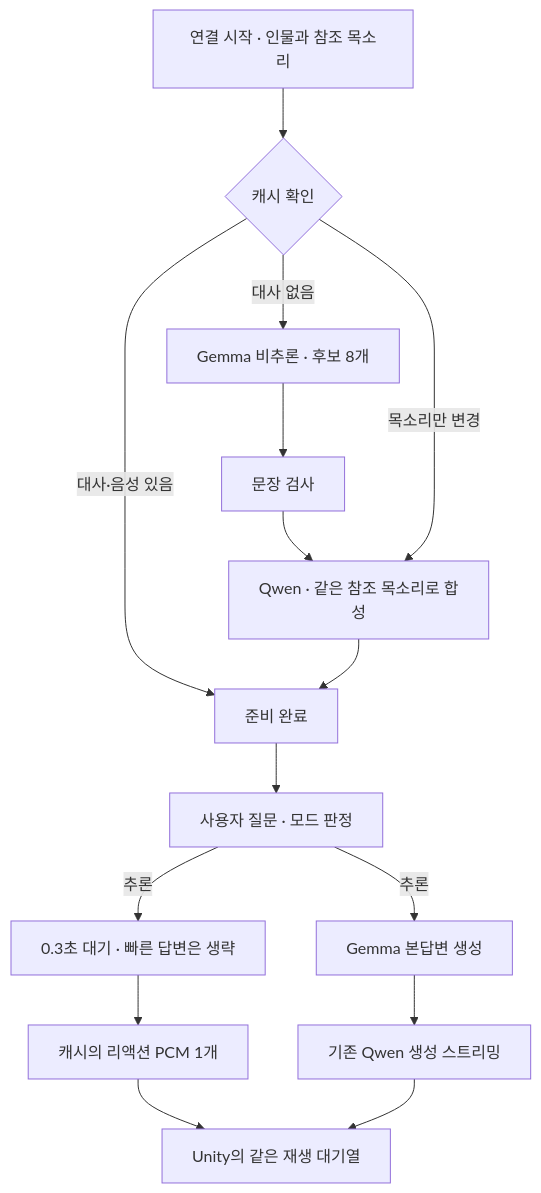
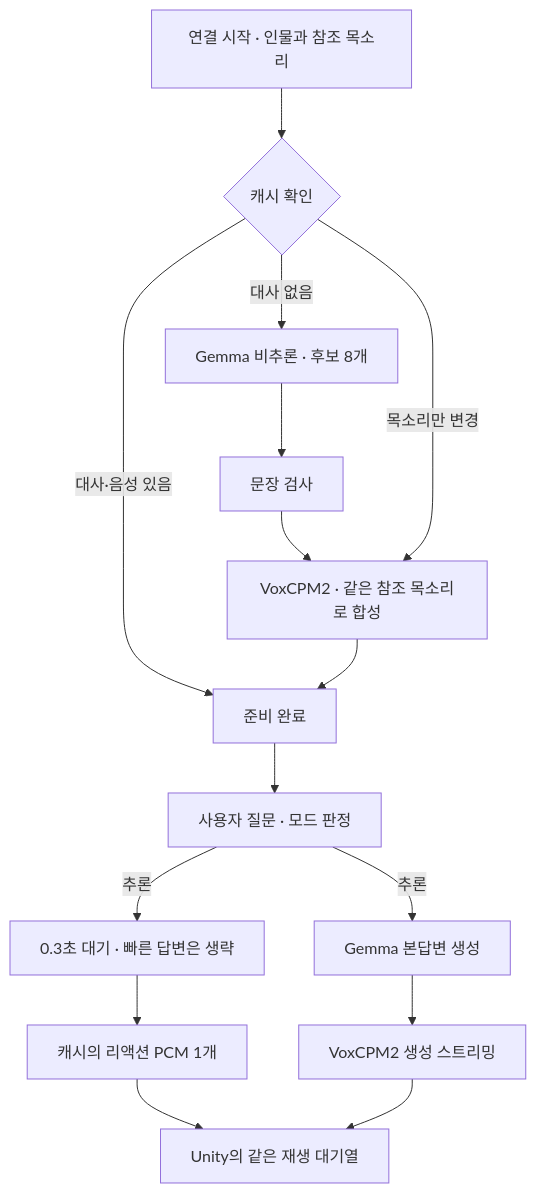
Before and after one commit to yunji009990/Capstone-Design: the diagram in docs/캐릭터_대기_리액션.md, drawn with Mermaid. The commit also changed other lines of this file and 44 other files, not shown here.

````diff
--- a/docs/캐릭터_대기_리액션.md
+++ b/docs/캐릭터_대기_리액션.md
@@ -18,17 +22,17 @@
 ```mermaid
 flowchart TD
     P[연결 시작 · 인물과 참조 목소리] --> C{캐시 확인}
     C -->|대사 없음| G[Gemma 비추론 · 후보 8개]
     G --> V[문장 검사]
-    V --> Q[Qwen · 같은 참조 목소리로 합성]
+    V --> Q[VoxCPM2 · 같은 참조 목소리로 합성]
     C -->|목소리만 변경| Q
     C -->|대사·음성 있음| R[준비 완료]
     Q --> R
     R --> U[사용자 질문 · 모드 판정]
     U -->|추론| L[Gemma 본답변 생성]
     U -->|추론| W[0.3초 대기 · 빠른 답변은 생략]
     W --> F[캐시의 리액션 PCM 1개]
-    L --> T[기존 Qwen 생성 스트리밍]
+    L --> T[VoxCPM2 생성 스트리밍]
     F --> A[Unity의 같은 재생 대기열]
     T --> A
 ```
````
